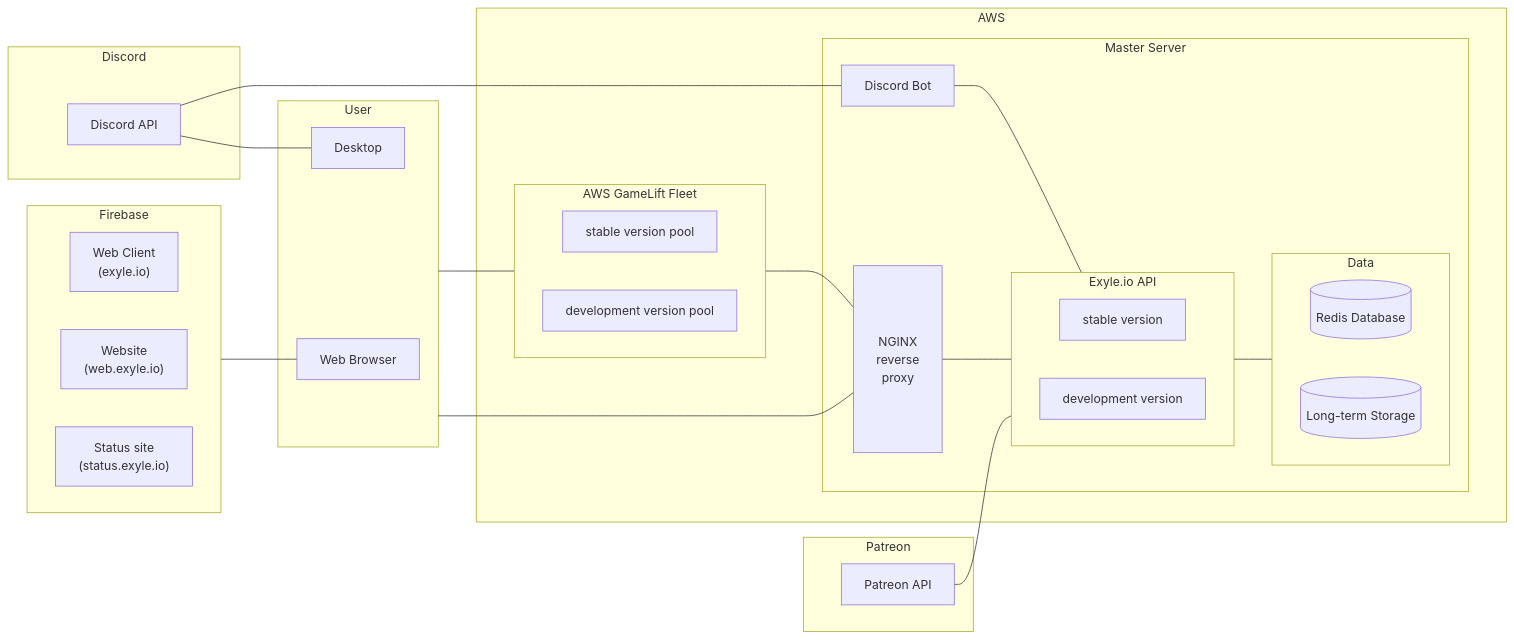
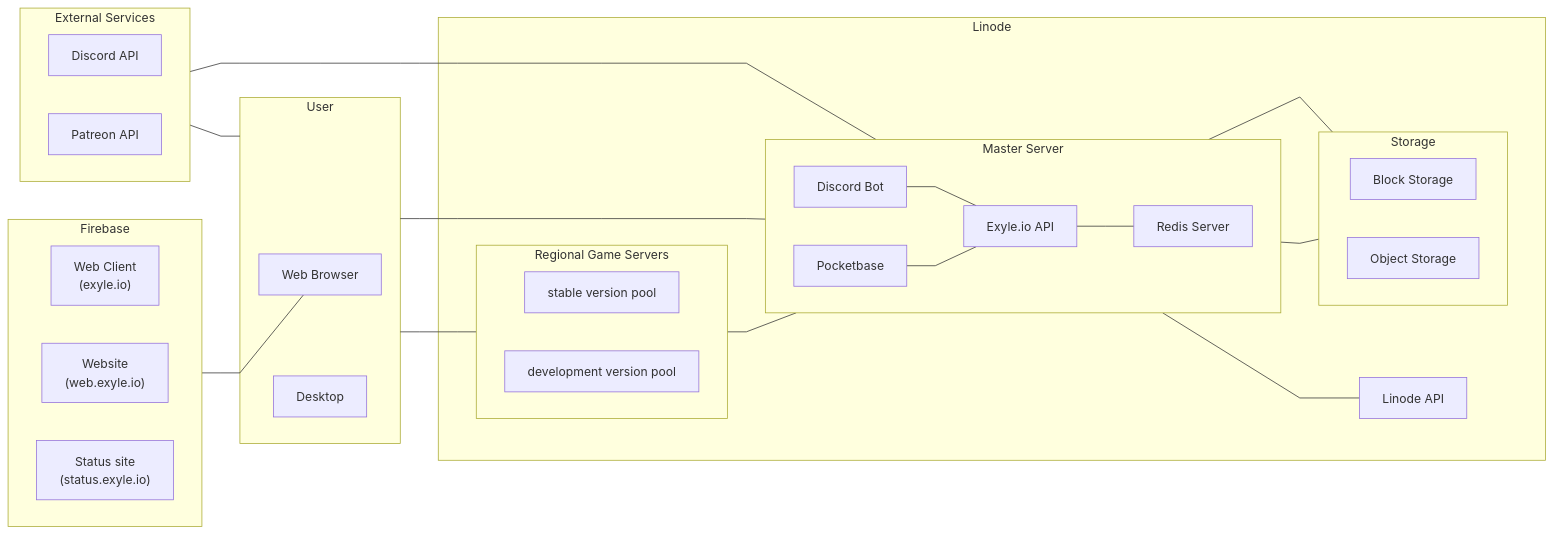
Before and after one commit to exyleio/exyleio: the diagram in docs/5-game-design/online-infrastructure/infrastructure.md, drawn with Mermaid. The commit also changed other lines of this file, not shown here.

````diff
--- a/docs/5-game-design/online-infrastructure/infrastructure.md
+++ b/docs/5-game-design/online-infrastructure/infrastructure.md
@@ -26,61 +25,73 @@
 ```mermaid
+%%{
+    init: {
+        "flowchart": {
+            "curve": "linear"
+        }
+    }
+}%%
+
 flowchart LR
+    subgraph external-services[External Services]
+        direction LR
+
+        discord-api[Discord API]
+        patreon-api[Patreon API]
+    end
+    external-services --- user
+    external-services --- master-server
+
     subgraph firebase[Firebase]
         direction LR
+
         web-client["Web Client\n(exyle.io)"]
         website["Website\n(web.exyle.io)"]
         status-site["Status site\n(status.exyle.io)"]
     end
     firebase --- browser
 
-    subgraph discord[Discord]
-        discord-api[Discord API]
+    subgraph user[User]
+        desktop[Desktop]
+        browser[Web Browser]
     end
-    discord-api --- desktop
-    discord-api --- discord-bot
-    discord-bot --- exyleio-api
+    user --- regional-game-servers
+    user --- master-server
 
-    subgraph patreon[Patreon]
-        patreon-api[Patreon API]
-    end
-    patreon-api --- exyleio-api
+    subgraph linode-servers[Linode]
+        classDef linode_padding fill:none,stroke:none
+            subgraph linode_padding [ ]
+                linode-api[Linode API]
 
-    subgraph user[User]
-        browser[Web Browser]
-        desktop[Desktop]
-    end
-    user --- nginx-proxy
-    user --- aws-gamelift-fleet
+                subgraph regional-game-servers[Regional Game Servers]
+                    direction LR
 
-    subgraph aws[AWS]
-        classDef aws_padding fill:none,stroke:none
-        subgraph aws_padding [ ]
-            subgraph aws-gamelift-fleet[AWS GameLift Fleet]
-                direction LR
-                region-servers-stable[stable version pool]
-                region-servers-dev[development version pool]
+                    region-servers-stable[stable version pool]
+                    region-servers-dev[development version pool]
+                end
+                regional-game-servers --- exyleio-api
+
+                subgraph master-server[Master Server]
+                    direction LR
+
+                    exyleio-api[Exyle.io API]
+                    discord-bot[Discord Bot]
+                    pocketbase[Pocketbase]
+                    redis-server[Redis Server]
+                end
+                exyleio-api --- redis-server
+                discord-bot --- exyleio-api
+                pocketbase --- exyleio-api
+                exyleio-api --- linode-api
+
+                subgraph storage[Storage]
+                    direction LR
+
+                    block-storage[Block Storage]
+                    object-storage[Object Storage]
+                end
+                exyleio-api --- object-storage
+                redis-server --- block-storage
             end
-            aws-gamelift-fleet --- nginx-proxy
-
-            subgraph master-server[Master Server]
-                discord-bot[Discord Bot]
-                nginx-proxy[ \n\n\n NGINX \n reverse \n proxy \n\n\n\n]
-
-                subgraph exyleio-api[Exyle.io API]
-                    direction LR
-                    api-stable[stable version]
-                    api-dev[development version]
-                end
-
-                subgraph data[Data]
-                    direction LR
-                    redis-db[(Redis Database)]
-                    long-term-storage[(Long-term Storage)]
-                end
-            end
-            nginx-proxy --- exyleio-api
-            exyleio-api --- data
-        end
-        class aws_padding aws_padding
+        class linode_padding linode_padding
     end
 ```
````
